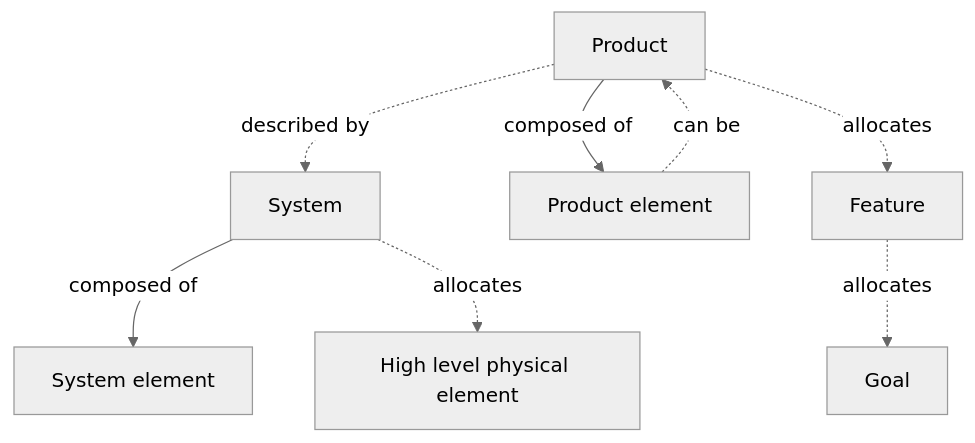
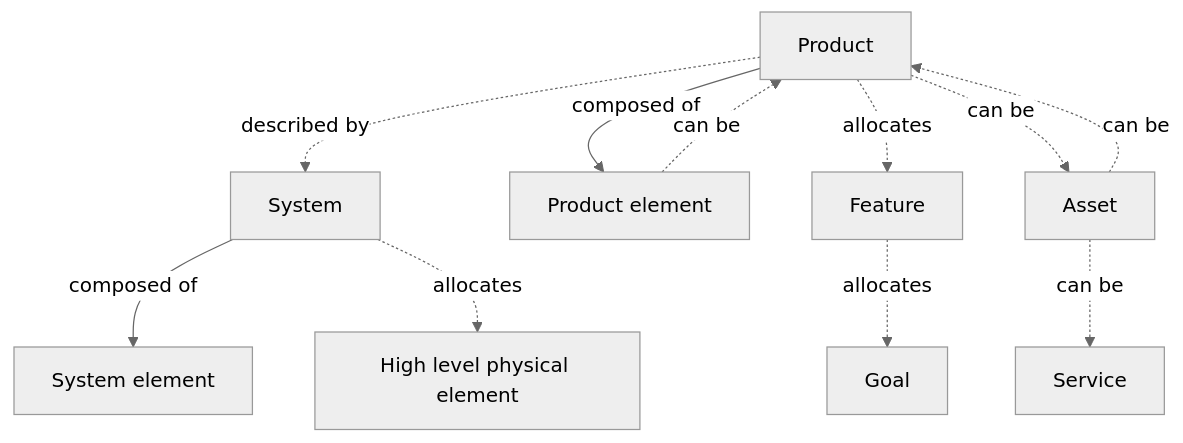
One commit to 3se-framework/3se-onto changed the fourth of 7 diagrams in glossary.md. Above: the diagram before and after it, drawn with Mermaid (neutral theme). The commit also changed other lines of this file, not shown here.

````diff
--- a/glossary.md
+++ b/glossary.md
@@ -1550,18 +1568,23 @@
 ```mermaid
 flowchart TD
     N1["Feature"]
     N2["Goal"]
     N3["Product"]
     N4["Product element"]
     N5["System"]
-    N6["System element"]
-    N7["High level physical element"]
+    N6["Asset"]
+    N7["System element"]
+    N8["High level physical element"]
+    N9["Service"]
 
     N1 -.->|allocates| N2
     N3 -->|composed of| N4
     N3 -.->|described by| N5
     N3 -.->|allocates| N1
+    N3 -.->|can be| N6
     N4 -.->|can be| N3
-    N5 -->|composed of| N6
-    N5 -.->|allocates| N7
+    N5 -->|composed of| N7
+    N5 -.->|allocates| N8
+    N6 -.->|can be| N3
+    N6 -.->|can be| N9
 ```
````
